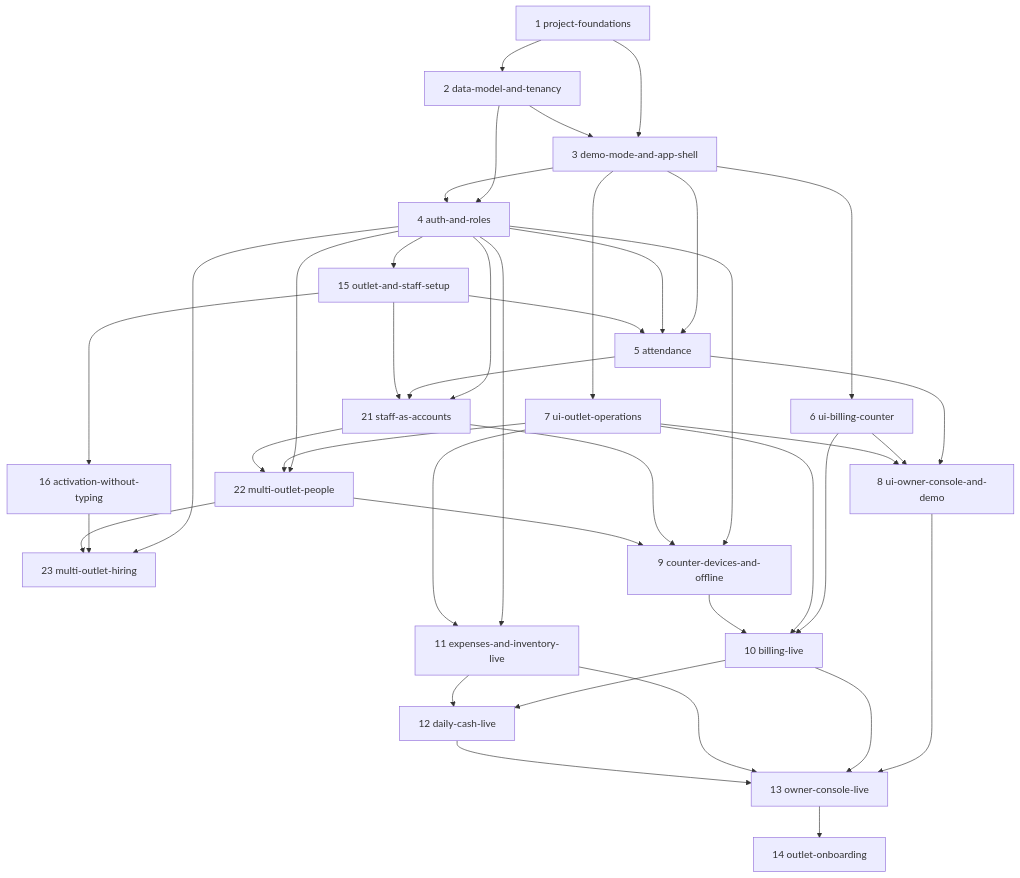
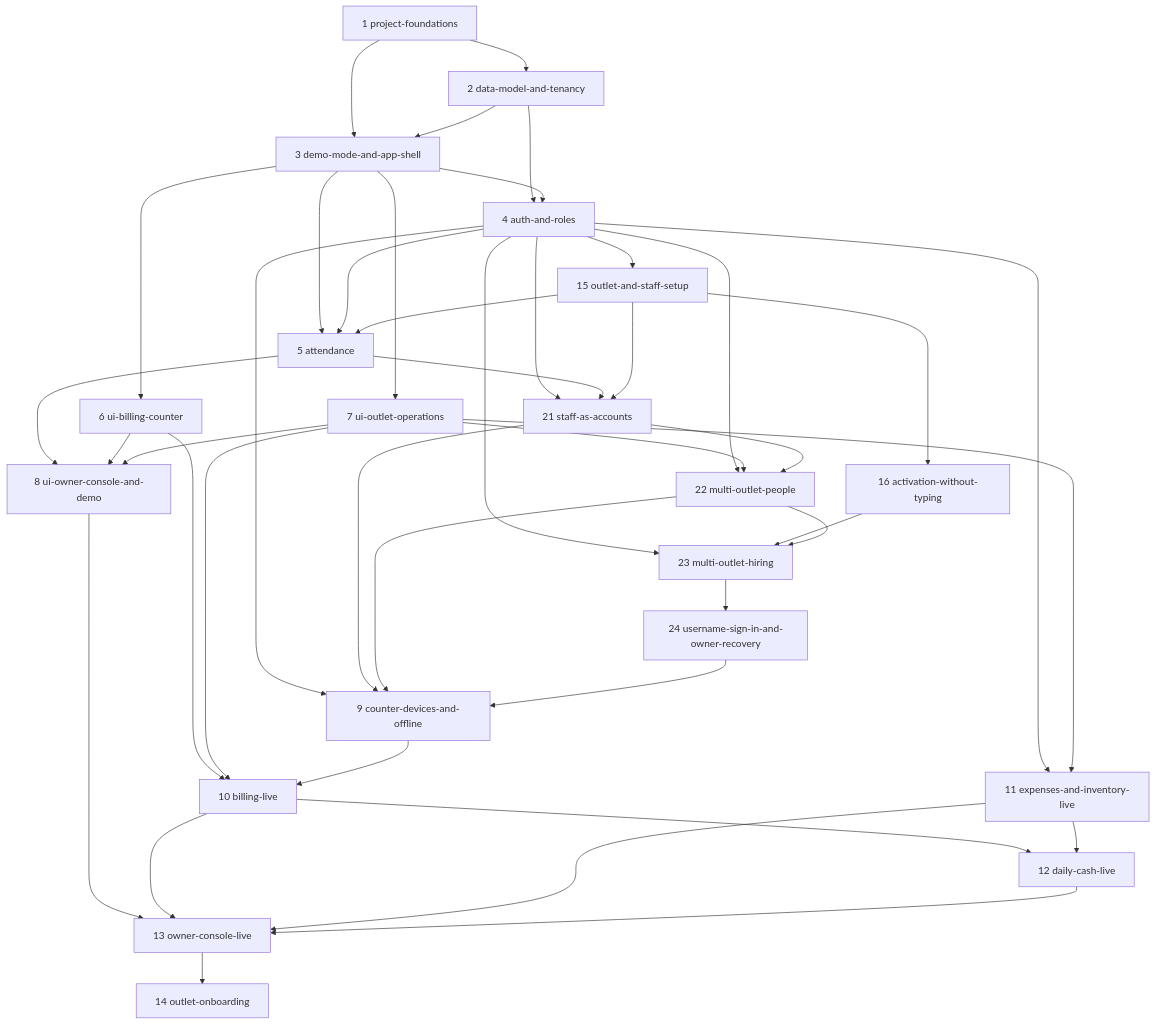
Before and after one commit to abdatta/shawarmania-ops: the diagram in openspec/changes/ROADMAP.md, drawn with Mermaid. The commit also changed other lines of this file and 12 other files, not shown here.

First line of the commit message:
Propose username sign-in and owner recovery (#24)

````diff
--- a/openspec/changes/ROADMAP.md
+++ b/openspec/changes/ROADMAP.md
@@ -92,42 +93,44 @@
 ```mermaid
 graph TD
     C1[1 project-foundations] --> C2[2 data-model-and-tenancy]
     C1 --> C3[3 demo-mode-and-app-shell]
     C2 --> C3
     C2 --> C4[4 auth-and-roles]
     C3 --> C4
     C3 --> C5[5 attendance]
     C4 --> C5
     C4 --> C15[15 outlet-and-staff-setup]
     C15 --> C5
     C15 --> C16[16 activation-without-typing]
     C3 --> C6[6 ui-billing-counter]
     C3 --> C7[7 ui-outlet-operations]
     C5 --> C8[8 ui-owner-console-and-demo]
     C6 --> C8
     C7 --> C8
     C4 --> C21[21 staff-as-accounts]
     C5 --> C21
     C15 --> C21
     C4 --> C22[22 multi-outlet-people]
     C7 --> C22
     C21 --> C22
     C4 --> C23[23 multi-outlet-hiring]
     C16 --> C23
     C22 --> C23
+    C23 --> C24[24 username-sign-in-and-owner-recovery]
     C4 --> C9[9 counter-devices-and-offline]
     C21 --> C9
     C22 --> C9
+    C24 --> C9
     C6 --> C10[10 billing-live]
     C7 --> C10
     C9 --> C10
     C4 --> C11[11 expenses-and-inventory-live]
     C7 --> C11
     C10 --> C12[12 daily-cash-live]
     C11 --> C12
     C8 --> C13[13 owner-console-live]
     C10 --> C13
     C11 --> C13
     C12 --> C13
     C13 --> C14[14 outlet-onboarding]
 ```
````
